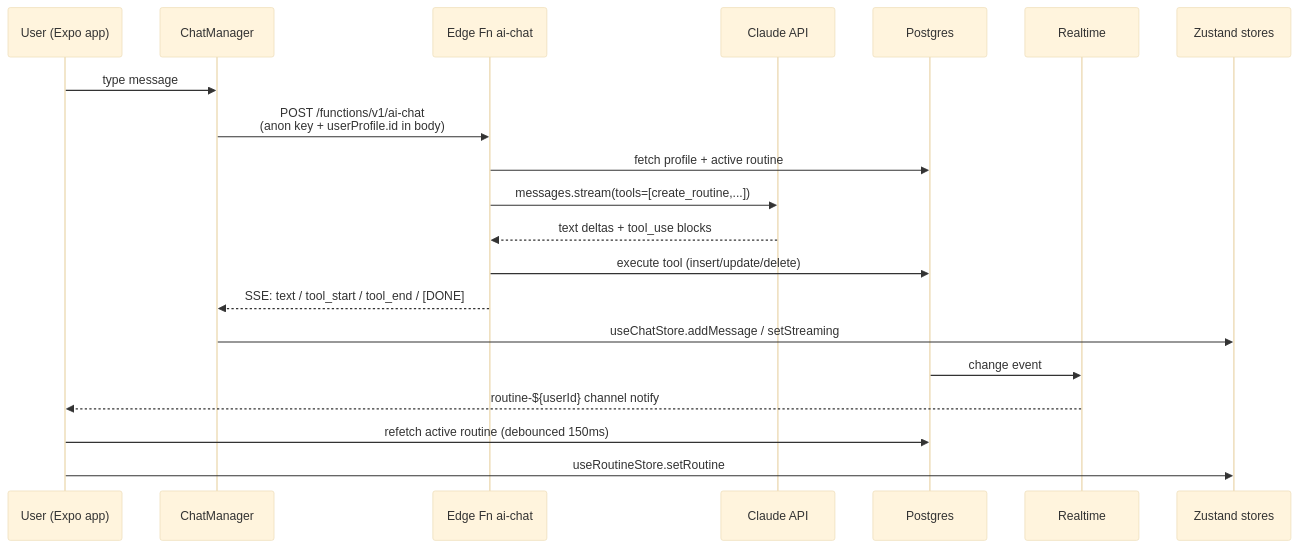
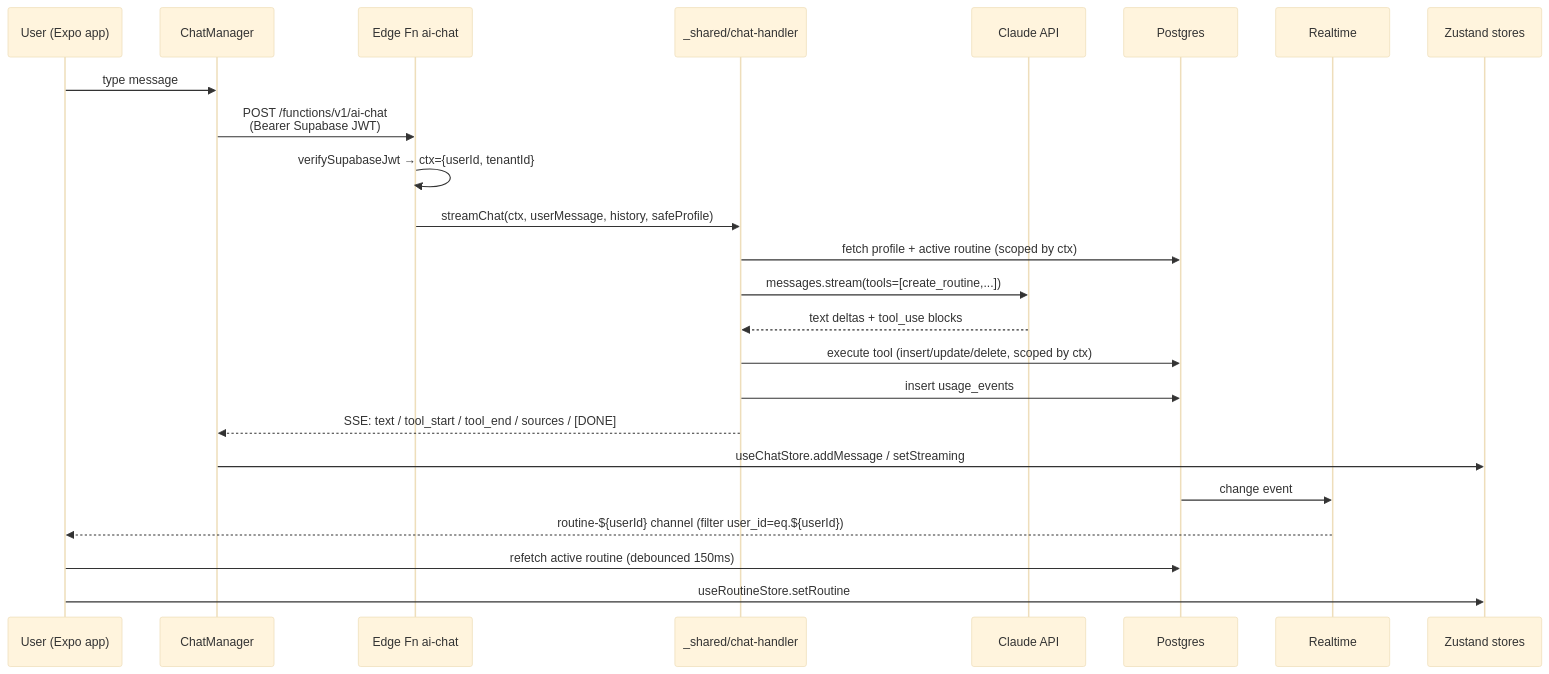
The second of 6 diagrams in docs/ARCHITECTURE.md (platanus-hack/platanus-hack-26-ar-team-16), drawn with Mermaid (base theme) before and after one commit. The commit also changed other lines of this file and 31 other files, not shown here.

Commit message:
architectural improv, tech debt and ui improv

````diff
--- a/docs/ARCHITECTURE.md
+++ b/docs/ARCHITECTURE.md
@@ -194,23 +214,27 @@
 ```mermaid
 sequenceDiagram
     participant U as User (Expo app)
     participant CM as ChatManager
     participant EF as Edge Fn ai-chat
+    participant CH as _shared/chat-handler
     participant CL as Claude API
     participant DB as Postgres
     participant RT as Realtime
     participant ST as Zustand stores
 
     U->>CM: type message
-    CM->>EF: POST /functions/v1/ai-chat<br/>(anon key + userProfile.id in body)
-    EF->>DB: fetch profile + active routine
-    EF->>CL: messages.stream(tools=[create_routine,...])
-    CL-->>EF: text deltas + tool_use blocks
-    EF->>DB: execute tool (insert/update/delete)
-    EF-->>CM: SSE: text / tool_start / tool_end / [DONE]
+    CM->>EF: POST /functions/v1/ai-chat<br/>(Bearer Supabase JWT)
+    EF->>EF: verifySupabaseJwt → ctx={userId, tenantId}
+    EF->>CH: streamChat(ctx, userMessage, history, safeProfile)
+    CH->>DB: fetch profile + active routine (scoped by ctx)
+    CH->>CL: messages.stream(tools=[create_routine,...])
+    CL-->>CH: text deltas + tool_use blocks
+    CH->>DB: execute tool (insert/update/delete, scoped by ctx)
+    CH->>DB: insert usage_events
+    CH-->>CM: SSE: text / tool_start / tool_end / sources / [DONE]
     CM->>ST: useChatStore.addMessage / setStreaming
     DB->>RT: change event
-    RT-->>U: routine-${userId} channel notify
+    RT-->>U: routine-${userId} channel (filter user_id=eq.${userId})
     U->>DB: refetch active routine (debounced 150ms)
     U->>ST: useRoutineStore.setRoutine
 ```
````
